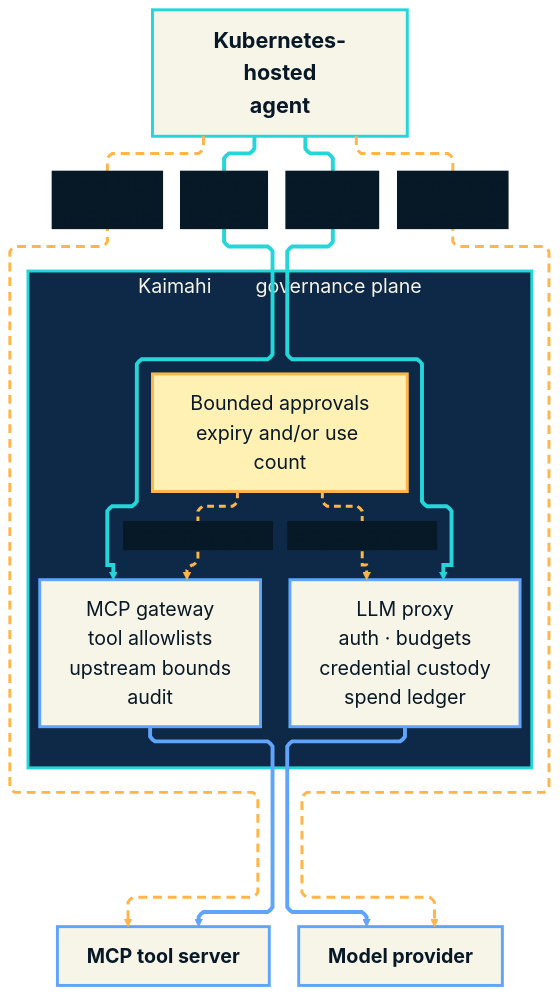
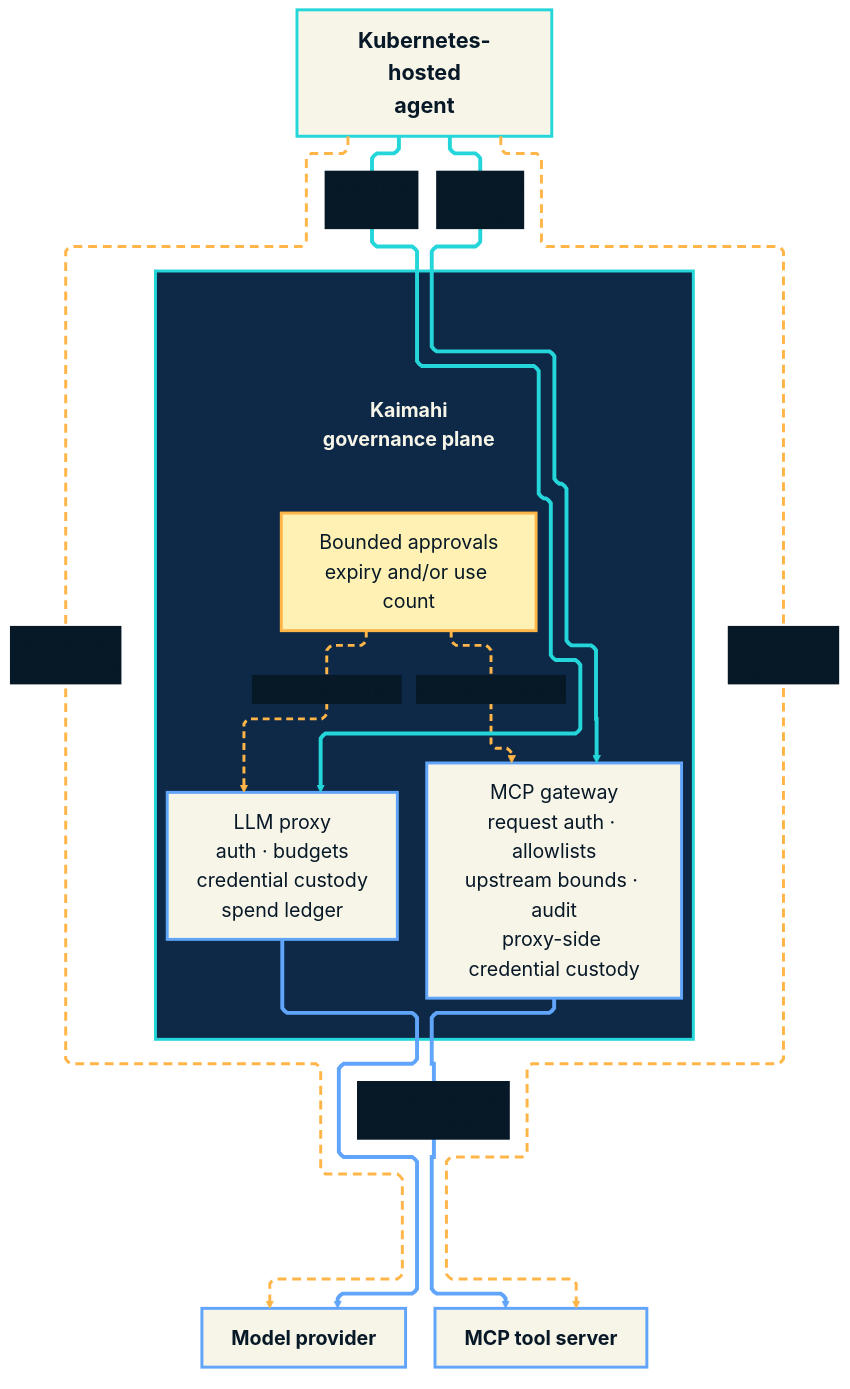
Before and after one commit to gambtho/tomte: the diagram in docs/assets/architecture.mmd, drawn with Mermaid. The commit also changed 2 other files, not shown here.

Commit message:
docs: finalize governance architecture

```diff
--- a/docs/assets/architecture.mmd
+++ b/docs/assets/architecture.mmd
@@ -1,78 +1,83 @@
 ---
 config:
   theme: base
   themeCSS: |
     .edgeLabels .edgeLabel span,
     .edgeLabels .edgeLabel p {
       color: #F7F4E8 !important;
       fill: #F7F4E8 !important;
     }
   layout: elk
   elk:
     mergeEdges: false
     nodePlacementStrategy: SIMPLE
     nodePlacementAlignment: BALANCED
     forceNodeModelOrder: true
     considerModelOrder: NODES_AND_EDGES
   flowchart:
     htmlLabels: true
     nodeSpacing: 24
     rankSpacing: 36
     curve: linear
   themeVariables:
     background: "#071827"
     fontFamily: "Arial, Helvetica, sans-serif"
     fontSize: 20px
     textColor: "#F7F4E8"
     titleColor: "#F7F4E8"
     nodeTextColor: "#F7F4E8"
     primaryColor: "#F7F4E8"
     primaryTextColor: "#071827"
     primaryBorderColor: "#24D6D9"
     lineColor: "#24D6D9"
     edgeLabelBackground: "#071827"
     clusterBkg: "#0D2947"
     clusterBorder: "#24D6D9"
 ---
 flowchart TB
     accTitle: Kaimahi governance architecture
     accDescr: A Kubernetes-hosted agent uses Kaimahi's governed model and tool paths, while dashed direct paths are explicitly ungoverned.
 
     A["Kubernetes-hosted<br/>agent"]
 
-    subgraph K["Kaimahi&nbsp;&nbsp;&nbsp;&nbsp;&nbsp;&nbsp;&nbsp;&nbsp;governance plane"]
+    subgraph K[" "]
       direction TB
+      H["Kaimahi<br/>governance plane"]
       P["Bounded approvals<br/>expiry and/or use count"]
       L["LLM proxy<br/>auth · budgets<br/>credential custody<br/>spend ledger"]
-      T["MCP gateway<br/>tool allowlists<br/>upstream bounds<br/>audit"]
+      T["MCP gateway<br/>request auth · allowlists<br/>upstream bounds · audit<br/>proxy-side credential custody"]
+      H ~~~ P
       P -. "temporary grant" .-> L
       P -. "temporary grant" .-> T
     end
 
     subgraph E[" "]
       direction LR
       M["Model provider"]
       X["MCP tool server"]
     end
 
     A -->|"governed<br/>model call"| L
     A -->|"governed<br/>tool call"| T
     L --> M
-    T --> X
+    T -->|"injects upstream<br/>credential"| X
     A -. "plain preset<br/>ungoverned" .-> M
     A -. "direct MCP<br/>ungoverned" .-> X
 
     classDef agent fill:#F7F4E8,color:#071827,stroke:#24D6D9,stroke-width:3px,font-size:22px,font-weight:bold;
     classDef control fill:#F7F4E8,color:#071827,stroke:#60A5FA,stroke-width:3px,font-size:20px;
     classDef approval fill:#FFF1B3,color:#071827,stroke:#FFB547,stroke-width:3px,font-size:20px;
     classDef target fill:#F7F4E8,color:#071827,stroke:#60A5FA,stroke-width:3px,font-size:20px,font-weight:bold;
+    classDef heading fill:transparent,color:#F7F4E8,stroke:transparent,font-size:20px,font-weight:bold;
     class A agent;
     class L,T control;
     class P approval;
+    class H heading;
     class M,X target;
     style K fill:#0D2947,stroke:#24D6D9,stroke-width:3px,color:#F7F4E8
     style E fill:transparent,stroke:transparent
-    linkStyle 0,1 stroke:#FFB547,color:#FFF1B3,stroke-width:3px,stroke-dasharray:7 5;
-    linkStyle 2,3 stroke:#24D6D9,color:#F7F4E8,stroke-width:4px;
-    linkStyle 4,5 stroke:#60A5FA,color:#F7F4E8,stroke-width:4px;
-    linkStyle 6,7 stroke:#FFB547,color:#FFF1B3,stroke-width:3px,stroke-dasharray:9 6;
+    linkStyle 0 stroke:transparent,fill:none;
+    linkStyle 1,2 stroke:#FFB547,color:#FFF1B3,stroke-width:3px,stroke-dasharray:7 5;
+    linkStyle 3,4 stroke:#24D6D9,color:#F7F4E8,stroke-width:4px;
+    linkStyle 5,6 stroke:#60A5FA,color:#F7F4E8,stroke-width:4px;
+    linkStyle 7,8 stroke:#FFB547,color:#FFF1B3,stroke-width:3px,stroke-dasharray:9 6;
```
